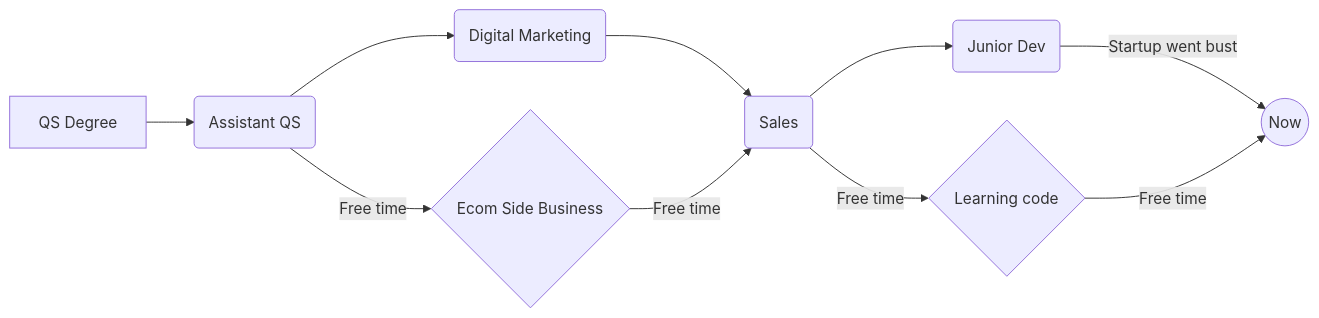
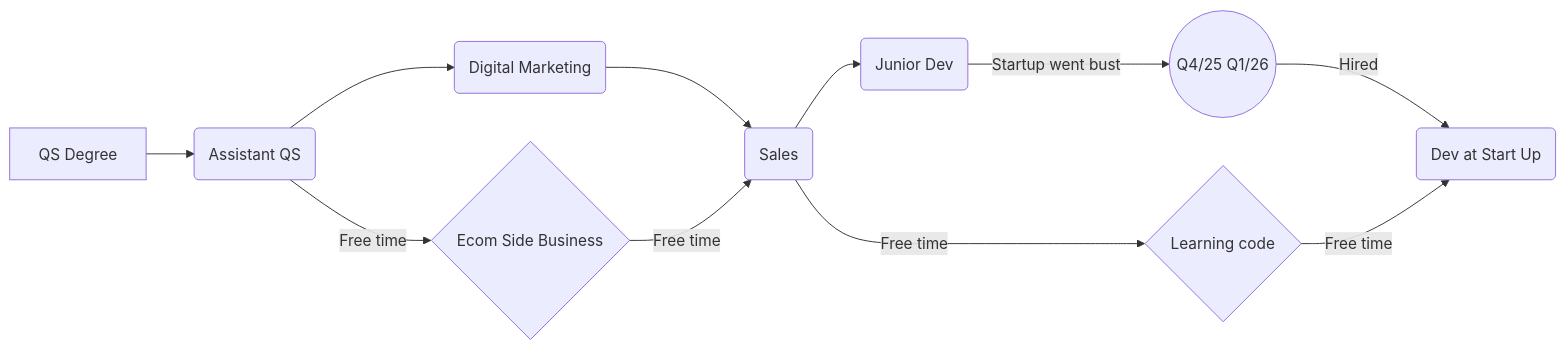
One commit to wobwobbird/wobwobbird changed the diagram in README.md. Above: the diagram before and after it, drawn with Mermaid.

Commit message:
Update timeline in README for career progression

````diff
--- a/README.md
+++ b/README.md
@@ -116,23 +116,24 @@
 ```mermaid
 graph LR
 A[QS Degree] --> B(Assistant QS)
 B --> C(Digital Marketing)
 C --> D(Sales)
 D --> E(Junior Dev)
-E -- Startup went bust --> H((Now))
-
+E -- Startup went bust --> H((Q4/25 Q1/26))
 B -- Free time --> F{Ecom Side Business}
 F -- Free time --> D
 D -- Free time --> G{Learning code}
-G -- Free time --> H
+H -- Hired --> I(Dev at Start Up)
+G -- Free time --> I
 
 A[QS Degree] 
 B(Assistant QS)
 C(Digital Marketing)
 D(Sales)
 E(Junior Dev)
-H((Now))
 F{Ecom Side Business}
 G{Learning code}
+H((Q4/25 Q1/26))
+I(Dev at Start Up)
 
 ```
````
